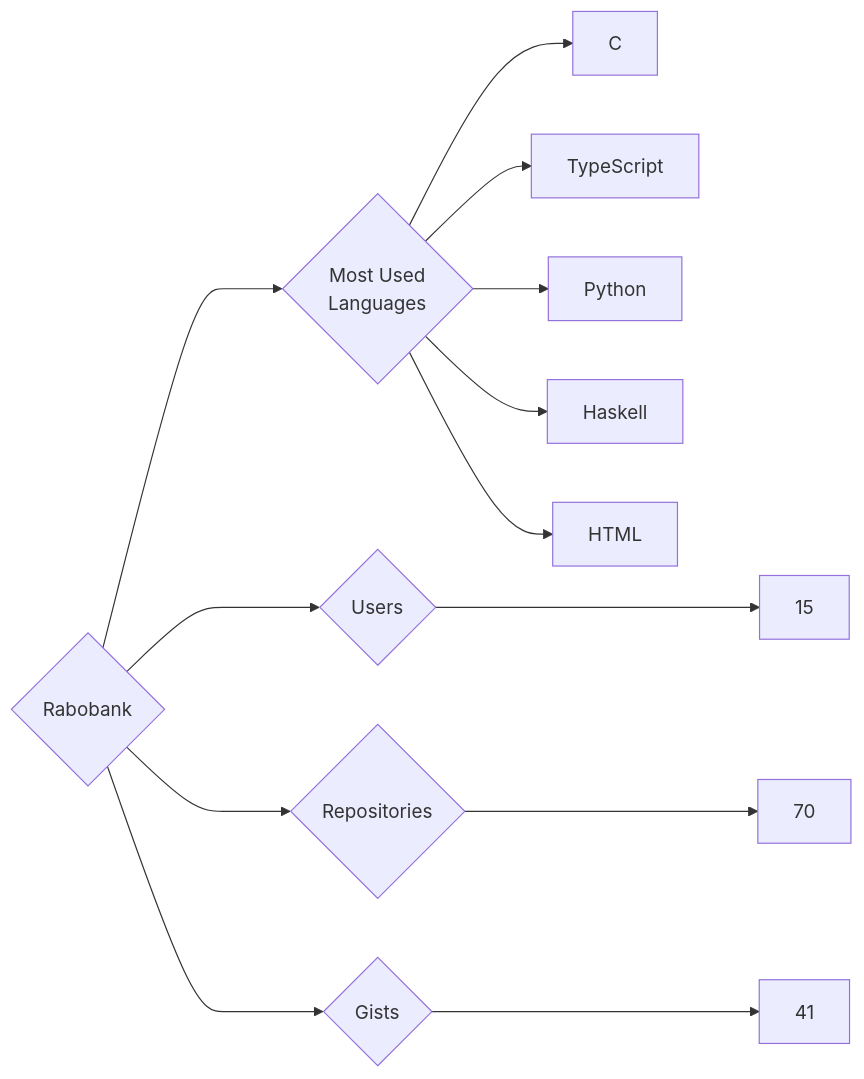
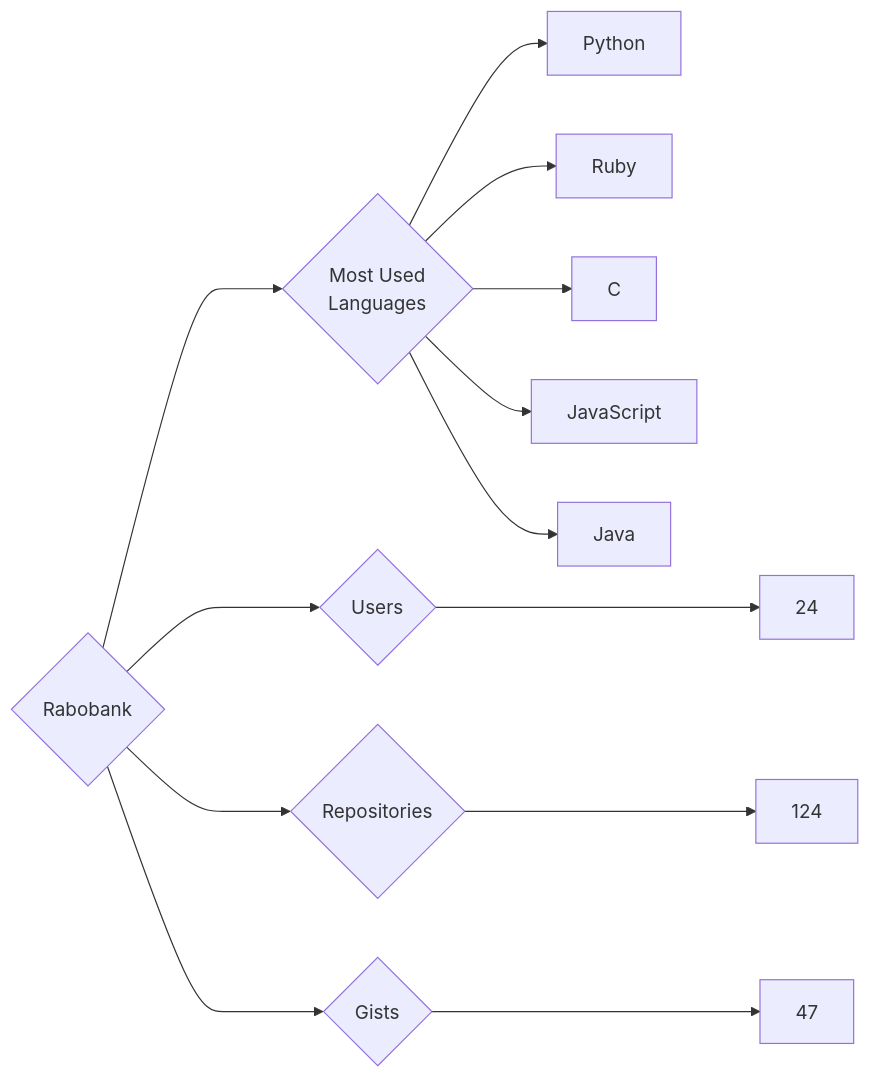
The diagram in targets/Rabobank/README.md (trickest/insiders), drawn with Mermaid before and after one commit. The commit also changed 970 other files, not shown here.

````diff
--- a/targets/Rabobank/README.md
+++ b/targets/Rabobank/README.md
@@ -3,13 +3,13 @@
 ```mermaid
 graph LR
 COMPANY_NAME{Rabobank}
-COMPANY_NAME ---> U{Users} ---> UN[15]
-COMPANY_NAME ---> R{Repositories} ---> RN[70]
-COMPANY_NAME ---> G{Gists} ---> GN[41]
+COMPANY_NAME ---> U{Users} ---> UN[24]
+COMPANY_NAME ---> R{Repositories} ---> RN[124]
+COMPANY_NAME ---> G{Gists} ---> GN[47]
 COMPANY_NAME ---> ML{Most Used<br>Languages}
+ML --> Python[Python]
+ML --> Ruby[Ruby]
 ML --> C[C]
-ML --> TypeScript[TypeScript]
-ML --> Python[Python]
-ML --> Haskell[Haskell]
-ML --> HTML[HTML]
+ML --> JavaScript[JavaScript]
+ML --> Java[Java]
 ```
````
